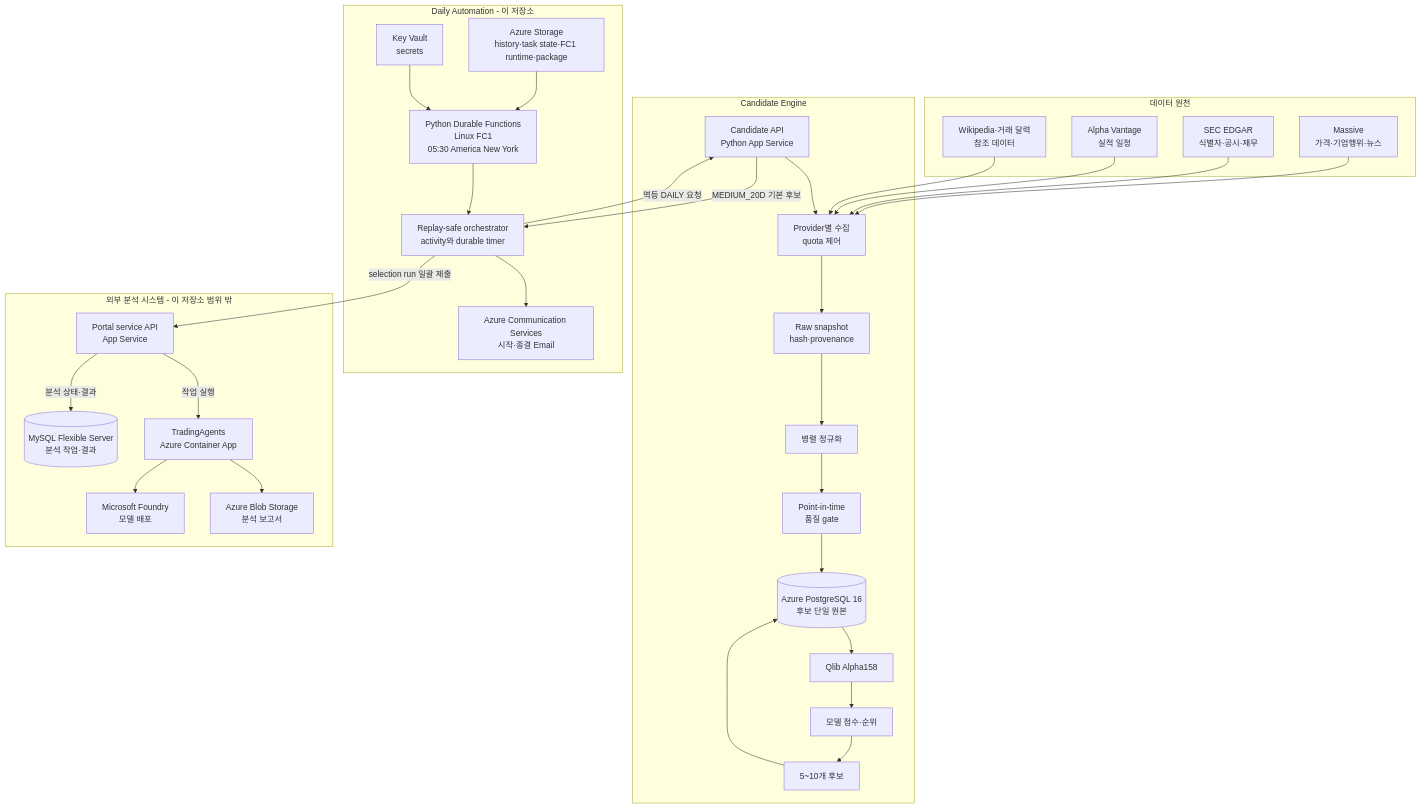
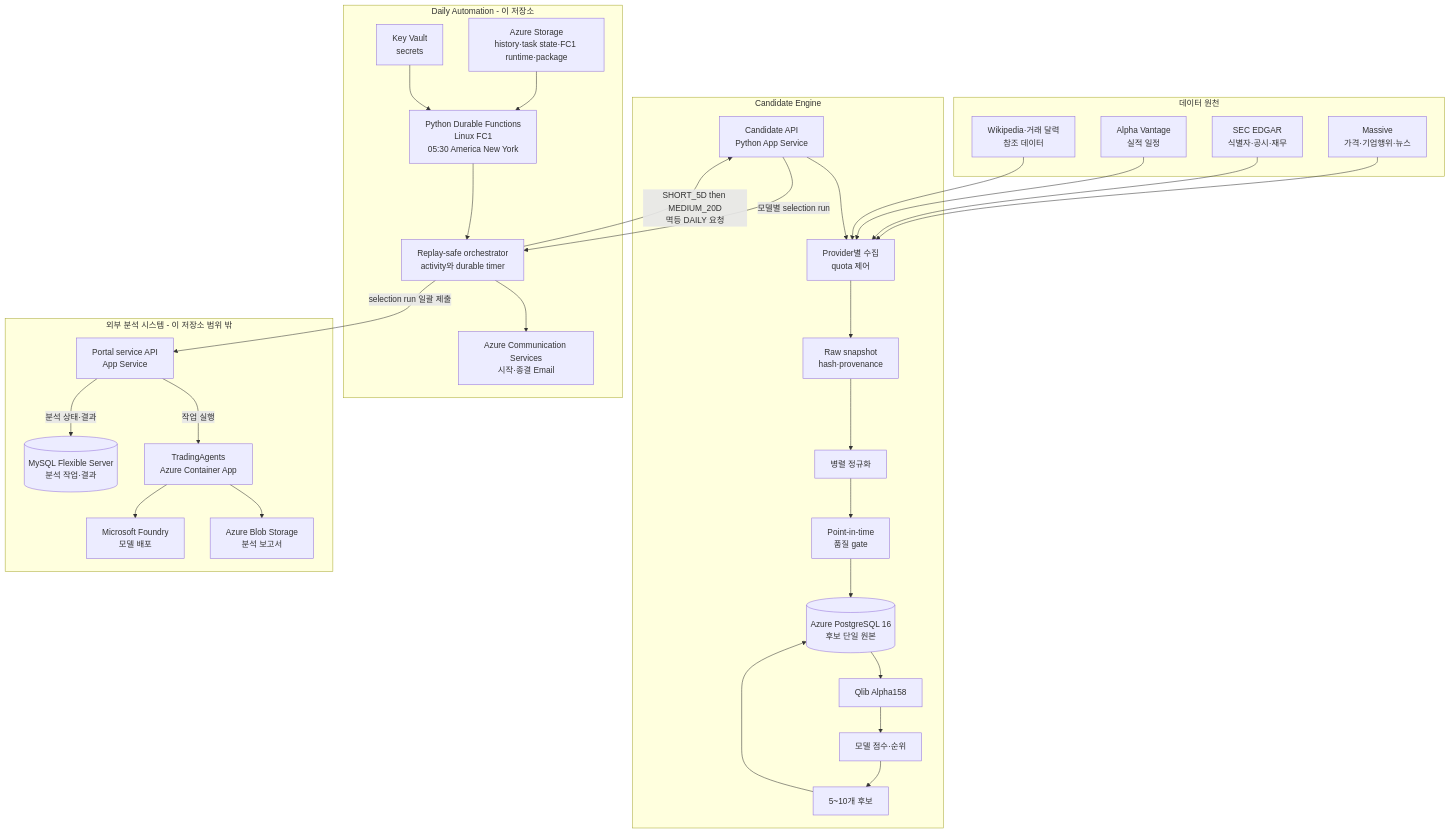
The first of 5 diagrams in README.md (brjeong-private/sp500-candidate-engine), drawn with Mermaid before and after one commit. The commit also changed other lines of this file and 21 other files, not shown here.

Commit message:
feat(orchestrator): run daily dual-model pipeline

````diff
--- a/README.md
+++ b/README.md
@@ -86,57 +93,57 @@
 ```mermaid
 flowchart TB
     subgraph Sources["데이터 원천"]
         Massive["Massive<br/>가격·기업행위·뉴스"]
         SEC["SEC EDGAR<br/>식별자·공시·재무"]
         Alpha["Alpha Vantage<br/>실적 일정"]
         Reference["Wikipedia·거래 달력<br/>참조 데이터"]
     end
 
     subgraph Candidate["Candidate Engine"]
         CandidateApi["Candidate API<br/>Python App Service"]
         Collectors["Provider별 수집<br/>quota 제어"]
         Raw["Raw snapshot<br/>hash·provenance"]
         Normalize["병렬 정규화"]
         Gates["Point-in-time<br/>품질 gate"]
         Features["Qlib Alpha158"]
         Scores["모델 점수·순위"]
         Candidates["5~10개 후보"]
         PostgreSQL[("Azure PostgreSQL 16<br/>후보 단일 원본")]
     end
 
     subgraph Automation["Daily Automation - 이 저장소"]
         Timer["Python Durable Functions<br/>Linux FC1<br/>05:30 America New York"]
         Durable["Replay-safe orchestrator<br/>activity와 durable timer"]
         ACS["Azure Communication Services<br/>시작·종결 Email"]
         State["Azure Storage<br/>history·task state·FC1 runtime·package"]
         Runtime["Key Vault<br/>secrets"]
     end
 
     subgraph External["외부 분석 시스템 - 이 저장소 범위 밖"]
         Portal["Portal service API<br/>App Service"]
         MySQL[("MySQL Flexible Server<br/>분석 작업·결과")]
         TradingAgents["TradingAgents<br/>Azure Container App"]
         Foundry["Microsoft Foundry<br/>모델 배포"]
         Reports["Azure Blob Storage<br/>분석 보고서"]
     end
 
     Massive --> Collectors
     SEC --> Collectors
     Alpha --> Collectors
     Reference --> Collectors
     CandidateApi --> Collectors
     Collectors --> Raw --> Normalize --> Gates --> PostgreSQL
     PostgreSQL --> Features --> Scores --> Candidates --> PostgreSQL
 
     Timer --> Durable
     State --> Timer
     Runtime --> Timer
-    Durable -->|"멱등 DAILY 요청"| CandidateApi
-    CandidateApi -->|"MEDIUM_20D 기본 후보"| Durable
+    Durable -->|"SHORT_5D then MEDIUM_20D<br/>멱등 DAILY 요청"| CandidateApi
+    CandidateApi -->|"모델별 selection run"| Durable
     Durable -->|"selection run 일괄 제출"| Portal
     Portal -->|"작업 실행"| TradingAgents
     Portal -->|"분석 상태·결과"| MySQL
     TradingAgents --> Foundry
     TradingAgents --> Reports
     Durable --> ACS
 ```
````
